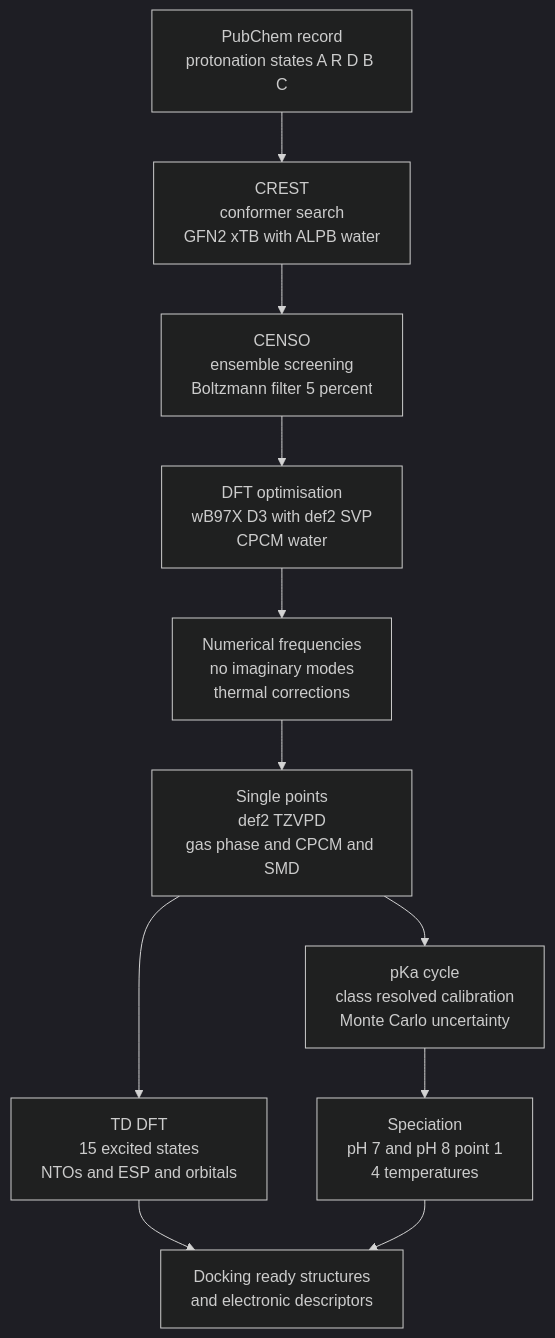
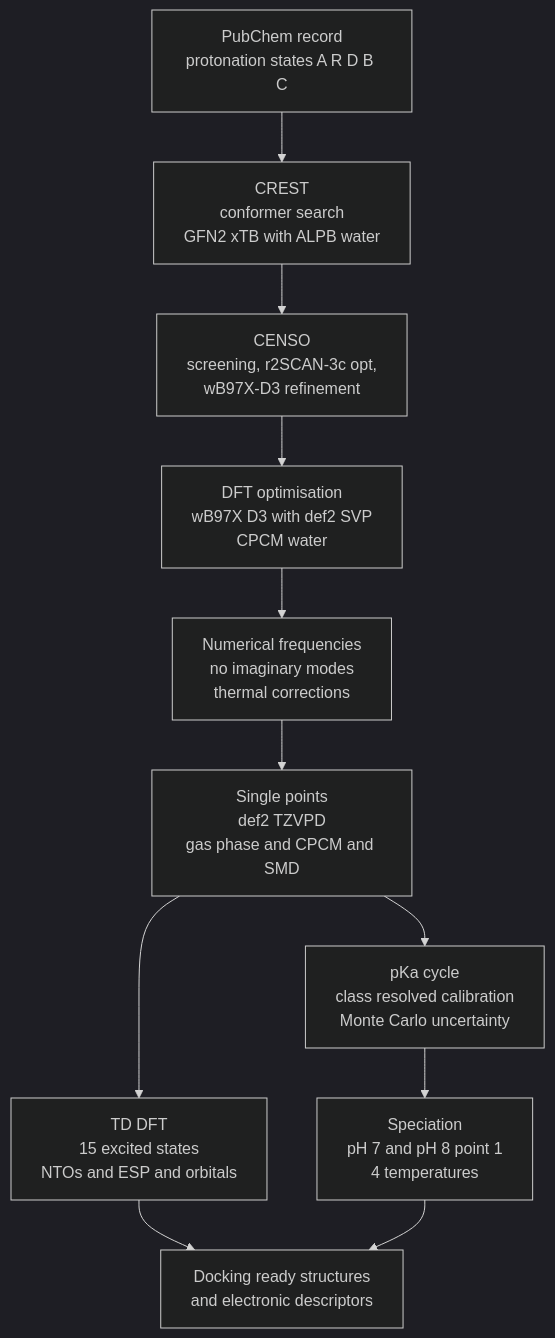
The diagram in README.md (kmilozeta27/MAA-quantum-chemical-protocol), drawn with Mermaid (dark theme) before and after one commit. The commit also changed other lines of this file and 7 other files, not shown here.

````diff
--- a/README.md
+++ b/README.md
@@ -68,13 +68,13 @@
 ```mermaid
 flowchart TD
     A["PubChem record<br/>protonation states A R D B C"] --> B["CREST<br/>conformer search<br/>GFN2 xTB with ALPB water"]
-    B --> C["CENSO<br/>ensemble screening<br/>Boltzmann filter 5 percent"]
+    B --> C["CENSO<br/>screening, r2SCAN-3c opt,<br/>wB97X-D3 refinement"]
     C --> D["DFT optimisation<br/>wB97X D3 with def2 SVP<br/>CPCM water"]
     D --> E["Numerical frequencies<br/>no imaginary modes<br/>thermal corrections"]
     E --> F["Single points<br/>def2 TZVPD<br/>gas phase and CPCM and SMD"]
     F --> G["TD DFT<br/>15 excited states<br/>NTOs and ESP and orbitals"]
     F --> H["pKa cycle<br/>class resolved calibration<br/>Monte Carlo uncertainty"]
     H --> I["Speciation<br/>pH 7 and pH 8 point 1<br/>4 temperatures"]
     G --> J["Docking ready structures<br/>and electronic descriptors"]
     I --> J
 ```
````
